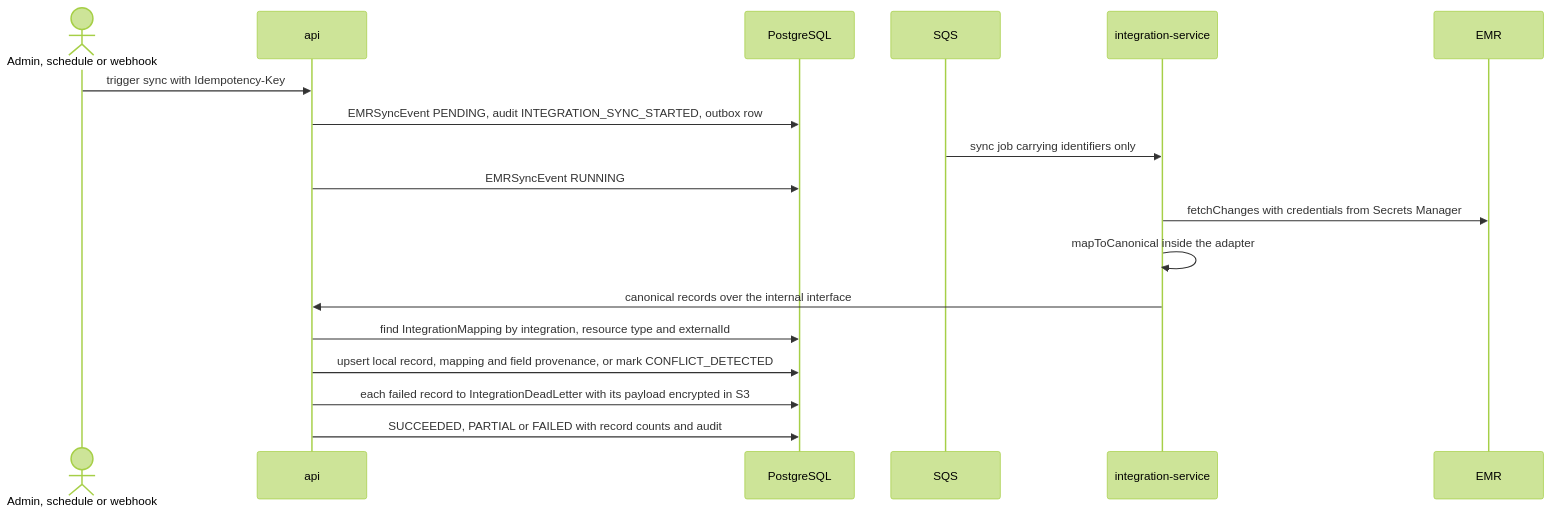
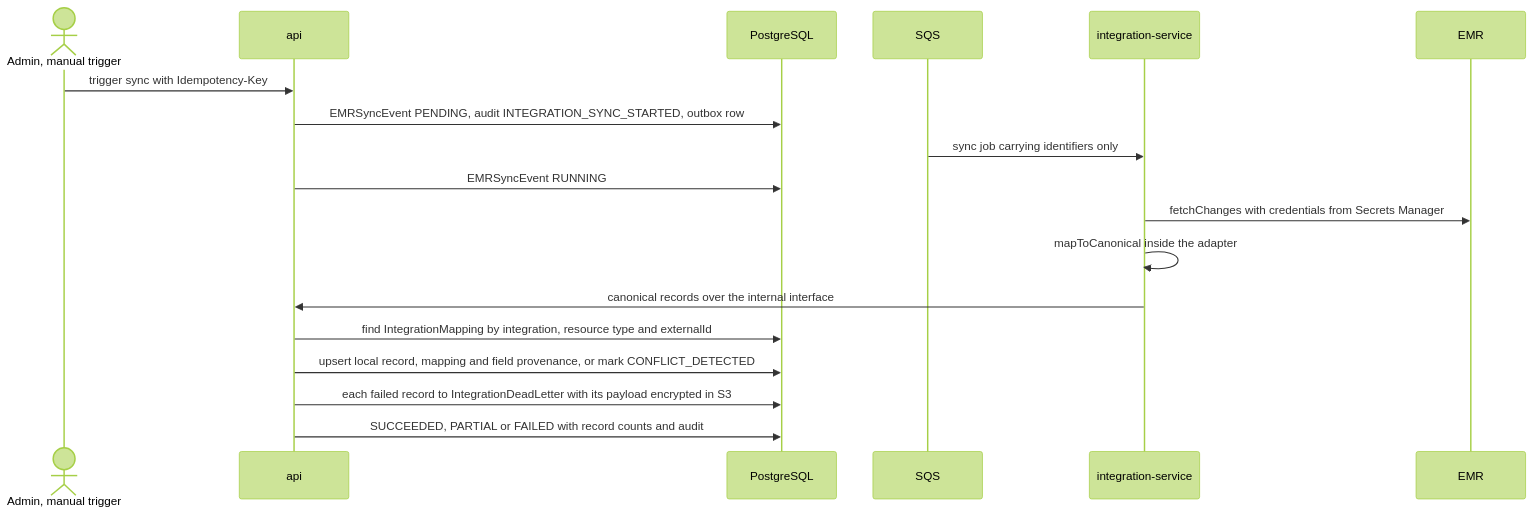
One commit to cgibson24/Aestara changed the third of 3 diagrams in docs/EMR_INTEGRATIONS.md. Above: the diagram before and after it, drawn with Mermaid (forest theme). The commit also changed other lines of this file and 30 other files, not shown here.

````diff
--- a/docs/EMR_INTEGRATIONS.md
+++ b/docs/EMR_INTEGRATIONS.md
@@ -129,20 +129,20 @@
 ```mermaid
 sequenceDiagram
-  actor T as Admin, schedule or webhook
+  actor T as Admin, manual trigger
   participant API as api
   participant DB as PostgreSQL
   participant Q as SQS
   participant INT as integration-service
   participant EMR as EMR
   T->>API: trigger sync with Idempotency-Key
   API->>DB: EMRSyncEvent PENDING, audit INTEGRATION_SYNC_STARTED, outbox row
   Q->>INT: sync job carrying identifiers only
   API->>DB: EMRSyncEvent RUNNING
   INT->>EMR: fetchChanges with credentials from Secrets Manager
   INT->>INT: mapToCanonical inside the adapter
   INT->>API: canonical records over the internal interface
   API->>DB: find IntegrationMapping by integration, resource type and externalId
   API->>DB: upsert local record, mapping and field provenance, or mark CONFLICT_DETECTED
   API->>DB: each failed record to IntegrationDeadLetter with its payload encrypted in S3
   API->>DB: SUCCEEDED, PARTIAL or FAILED with record counts and audit
 ```
````
